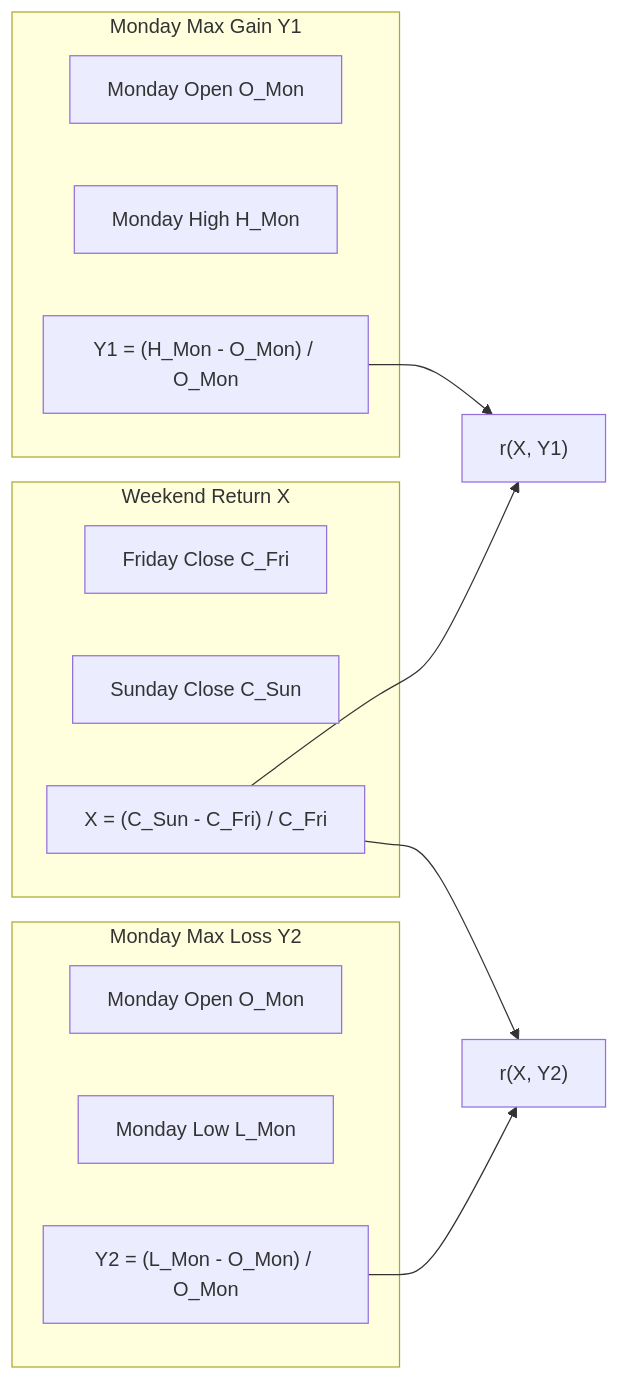
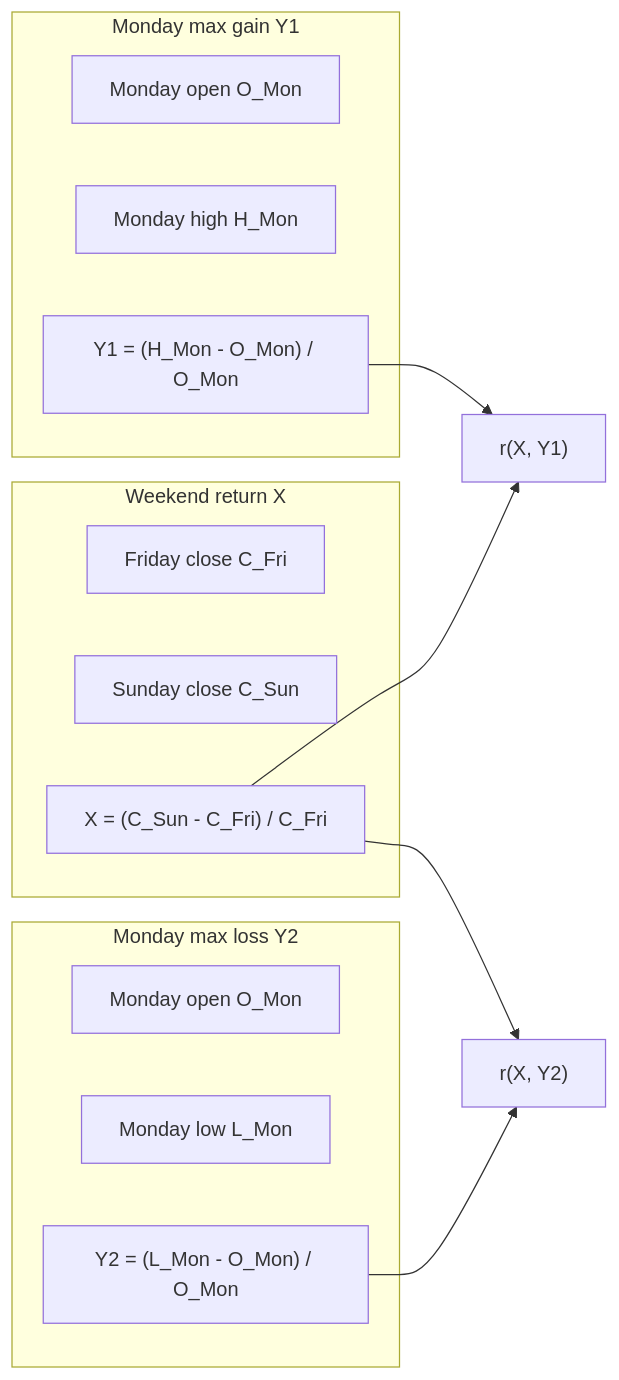
Diagram 17 of 23 in DESIGN.md (RESBI/StockStatistic), drawn with Mermaid before and after one commit. The commit also changed other lines of this file and 12 other files, not shown here.

````diff
--- a/DESIGN.md
+++ b/DESIGN.md
@@ -1292,25 +1336,25 @@
 ```mermaid
 graph LR
-    subgraph "Weekend Return X"
-        F["Friday Close C_Fri"]
-        S["Sunday Close C_Sun"]
+    subgraph "Weekend return X"
+        F["Friday close C_Fri"]
+        S["Sunday close C_Sun"]
         X["X = (C_Sun - C_Fri) / C_Fri"]
     end
-    
-    subgraph "Monday Max Gain Y1"
-        MO["Monday Open O_Mon"]
-        MH["Monday High H_Mon"]
+
+    subgraph "Monday max gain Y1"
+        MO["Monday open O_Mon"]
+        MH["Monday high H_Mon"]
         Y1["Y1 = (H_Mon - O_Mon) / O_Mon"]
     end
 
-    subgraph "Monday Max Loss Y2"
-        MO2["Monday Open O_Mon"]
-        ML["Monday Low L_Mon"]
+    subgraph "Monday max loss Y2"
+        MO2["Monday open O_Mon"]
+        ML["Monday low L_Mon"]
         Y2["Y2 = (L_Mon - O_Mon) / O_Mon"]
     end
-    
+
     X --> CORR1["r(X, Y1)"]
     Y1 --> CORR1
     X --> CORR2["r(X, Y2)"]
     Y2 --> CORR2
 ```
````
